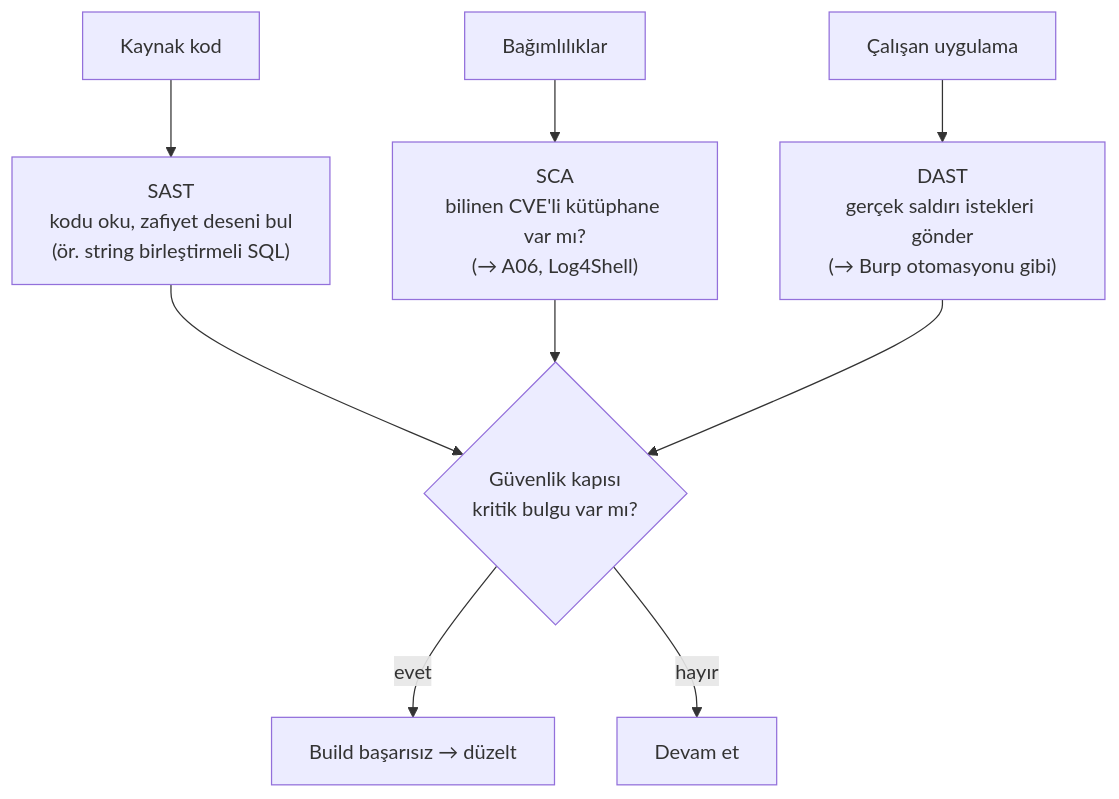
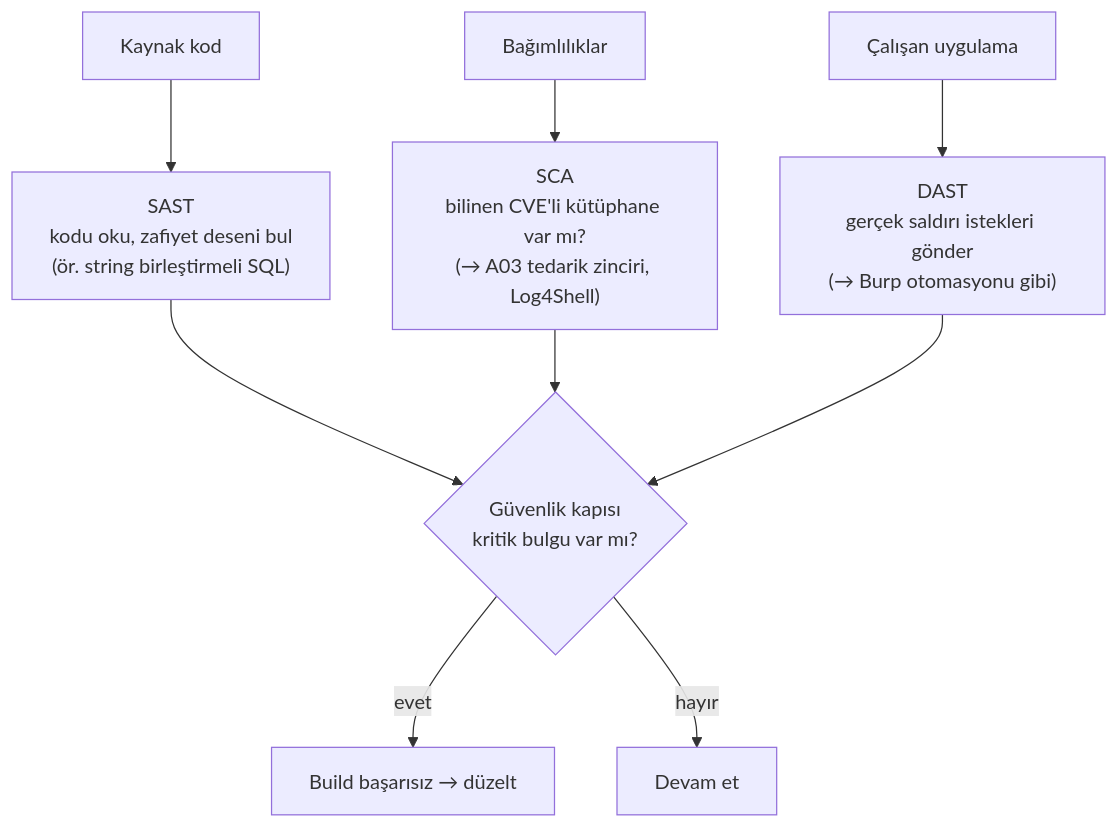
Before and after one commit to metinkarayagci-ITU/siber-guvenlik-temelleri: the third of 4 diagrams in 13-guvenli-kodlama-devsecops/devsecops-ssdlc.md, drawn with Mermaid. The commit also changed other lines of this file and 12 other files, not shown here.

````diff
--- a/13-guvenli-kodlama-devsecops/devsecops-ssdlc.md
+++ b/13-guvenli-kodlama-devsecops/devsecops-ssdlc.md
@@ -58,9 +58,9 @@
 ```mermaid
 flowchart TD
     Code["Kaynak kod"] --> SAST["SAST<br/>kodu oku, zafiyet deseni bul<br/>(ör. string birleştirmeli SQL)"]
-    Dep["Bağımlılıklar"] --> SCA["SCA<br/>bilinen CVE'li kütüphane var mı?<br/>(→ A06, Log4Shell)"]
+    Dep["Bağımlılıklar"] --> SCA["SCA<br/>bilinen CVE'li kütüphane var mı?<br/>(→ A03 tedarik zinciri, Log4Shell)"]
     Running["Çalışan uygulama"] --> DAST["DAST<br/>gerçek saldırı istekleri gönder<br/>(→ Burp otomasyonu gibi)"]
     SAST & SCA & DAST --> Gate{"Güvenlik kapısı<br/>kritik bulgu var mı?"}
     Gate -->|"evet"| Fail["Build başarısız → düzelt"]
     Gate -->|"hayır"| Pass["Devam et"]
 ```
````
